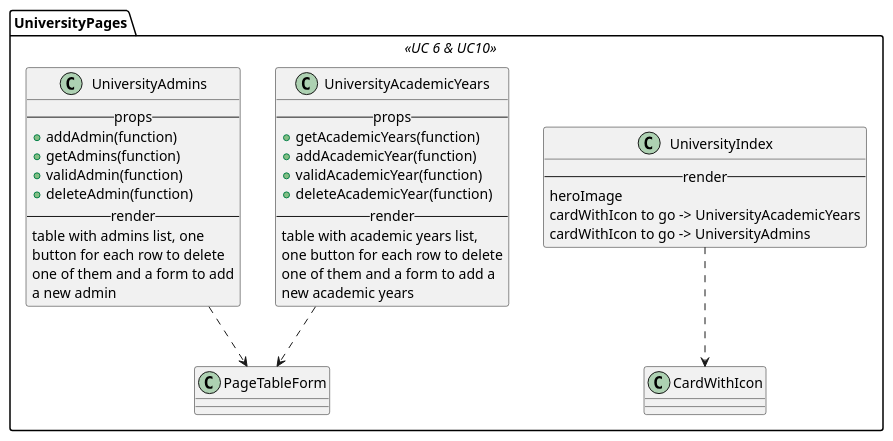
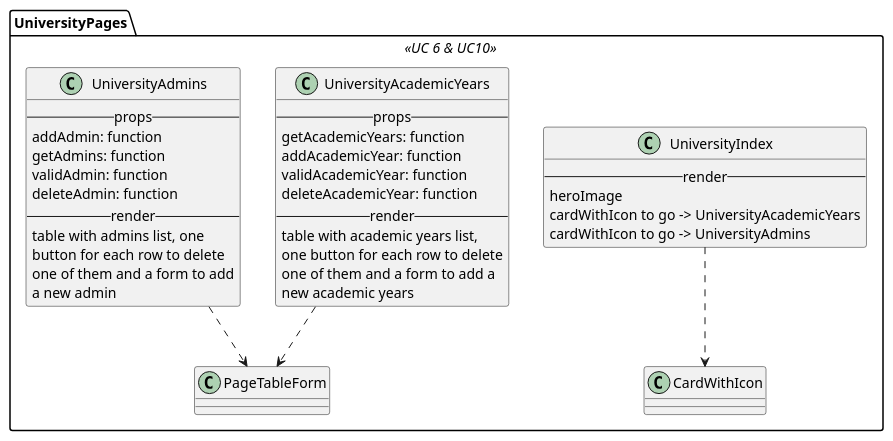
One commit to M9k/Marvin-Uml changed the diagram in react/university/index.iuml. Above: the diagram before and after it, drawn with PlantUML. The commit also changed 2 other files, not shown here.

```diff
--- a/react/university/index.iuml
+++ b/react/university/index.iuml
@@ -1,46 +1,46 @@
 skinparam package<<UC 6 & UC10  >> {
     backgroundColor #DAE8FC
 }
 
 
 package UniversityPages <<UC 6 & UC10>> {
 
 class UniversityIndex {
     --render--
         heroImage
         cardWithIcon to go -> UniversityAcademicYears
         cardWithIcon to go -> UniversityAdmins
 }
 UniversityIndex ..> CardWithIcon
 
 class UniversityAcademicYears {
     --props--
-        + getAcademicYears(function)
-        + addAcademicYear(function)
-        + validAcademicYear(function)
-        + deleteAcademicYear(function)
+        getAcademicYears: function
+        addAcademicYear: function
+        validAcademicYear: function
+        deleteAcademicYear: function
     --render--
     table with academic years list,
      one button for each row to delete
      one of them and a form to add a
      new academic years
 }
 UniversityAcademicYears ..> PageTableForm
 
 
 class UniversityAdmins {
     --props--
-        + addAdmin(function)
-        + getAdmins(function)
-        + validAdmin(function)
-        + deleteAdmin(function)
+        addAdmin: function
+        getAdmins: function
+        validAdmin: function
+        deleteAdmin: function
     --render--
     table with admins list, one
     button for each row to delete
     one of them and a form to add
     a new admin
 }
 UniversityAdmins ..> PageTableForm
 
 
 }
```
